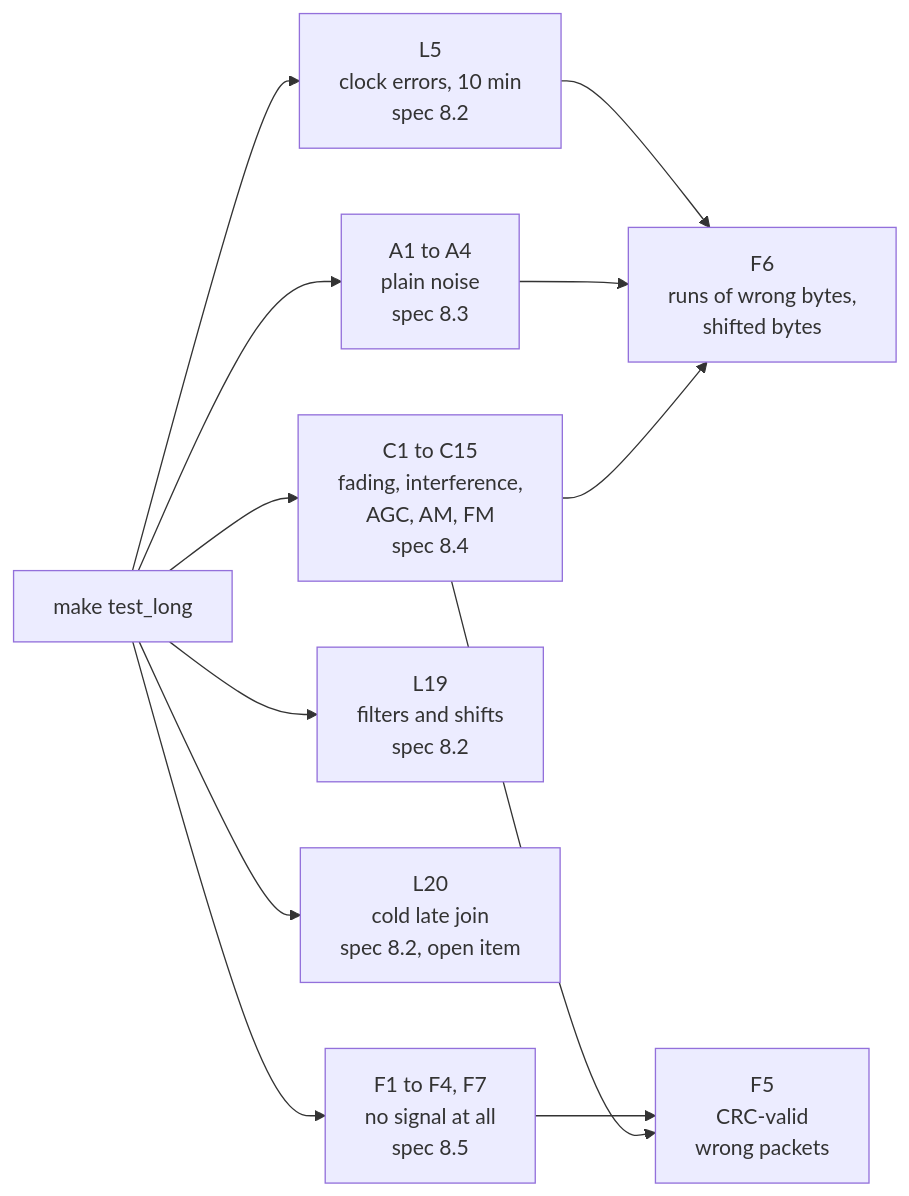
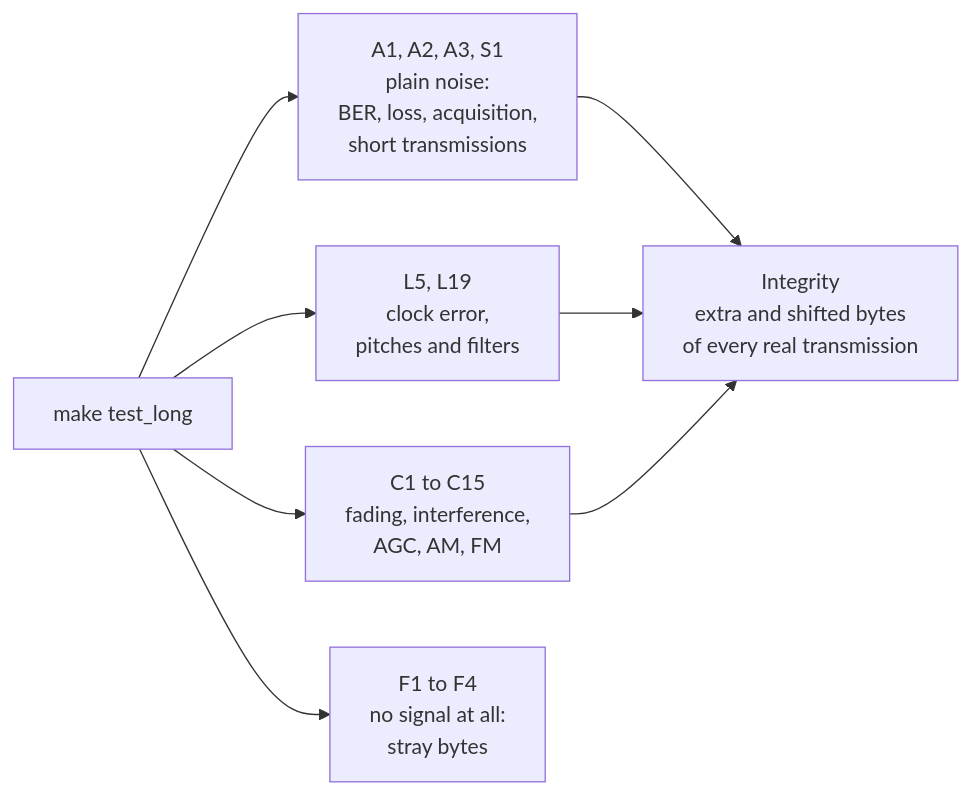
One commit to solariun/unlimited changed the sixth of 10 diagrams in docs/testing.md. Above: the diagram before and after it, drawn with Mermaid. The commit also changed other lines of this file and 76 other files, not shown here.

````diff
--- a/docs/testing.md
+++ b/docs/testing.md
@@ -900,14 +717,10 @@
 ```mermaid
 flowchart LR
-    tl["make test_long"] --> l5["L5<br/>clock errors, 10 min<br/>spec 8.2"]
-    tl --> aw["A1 to A4<br/>plain noise<br/>spec 8.3"]
-    tl --> ch["C1 to C15<br/>fading, interference,<br/>AGC, AM, FM<br/>spec 8.4"]
-    tl --> l19["L19<br/>filters and shifts<br/>spec 8.2"]
-    tl --> l20["L20<br/>cold late join<br/>spec 8.2, open item"]
-    tl --> fl["F1 to F4, F7<br/>no signal at all<br/>spec 8.5"]
-    fl --> f5["F5<br/>CRC-valid<br/>wrong packets"]
-    ch --> f5
-    l5 --> f6["F6<br/>runs of wrong bytes,<br/>shifted bytes"]
-    aw --> f6
-    ch --> f6
+    tl["make test_long"] --> aw["A1, A2, A3, S1<br/>plain noise:<br/>BER, loss, acquisition,<br/>short transmissions"]
+    tl --> l5["L5, L19<br/>clock error,<br/>pitches and filters"]
+    tl --> ch["C1 to C15<br/>fading, interference,<br/>AGC, AM, FM"]
+    tl --> fl["F1 to F4<br/>no signal at all:<br/>stray bytes"]
+    aw --> integ["Integrity<br/>extra and shifted bytes<br/>of every real transmission"]
+    l5 --> integ
+    ch --> integ
 ```
````
